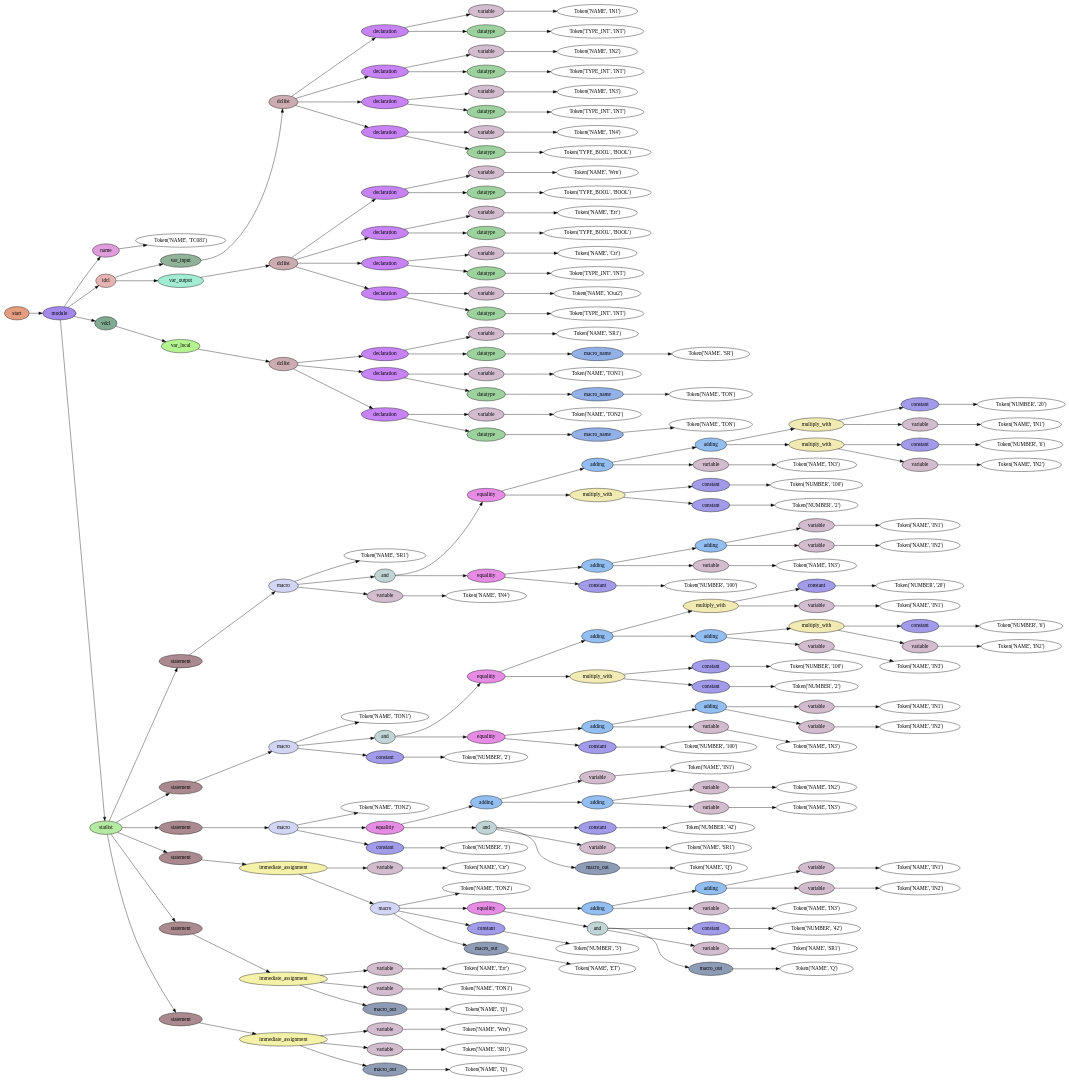
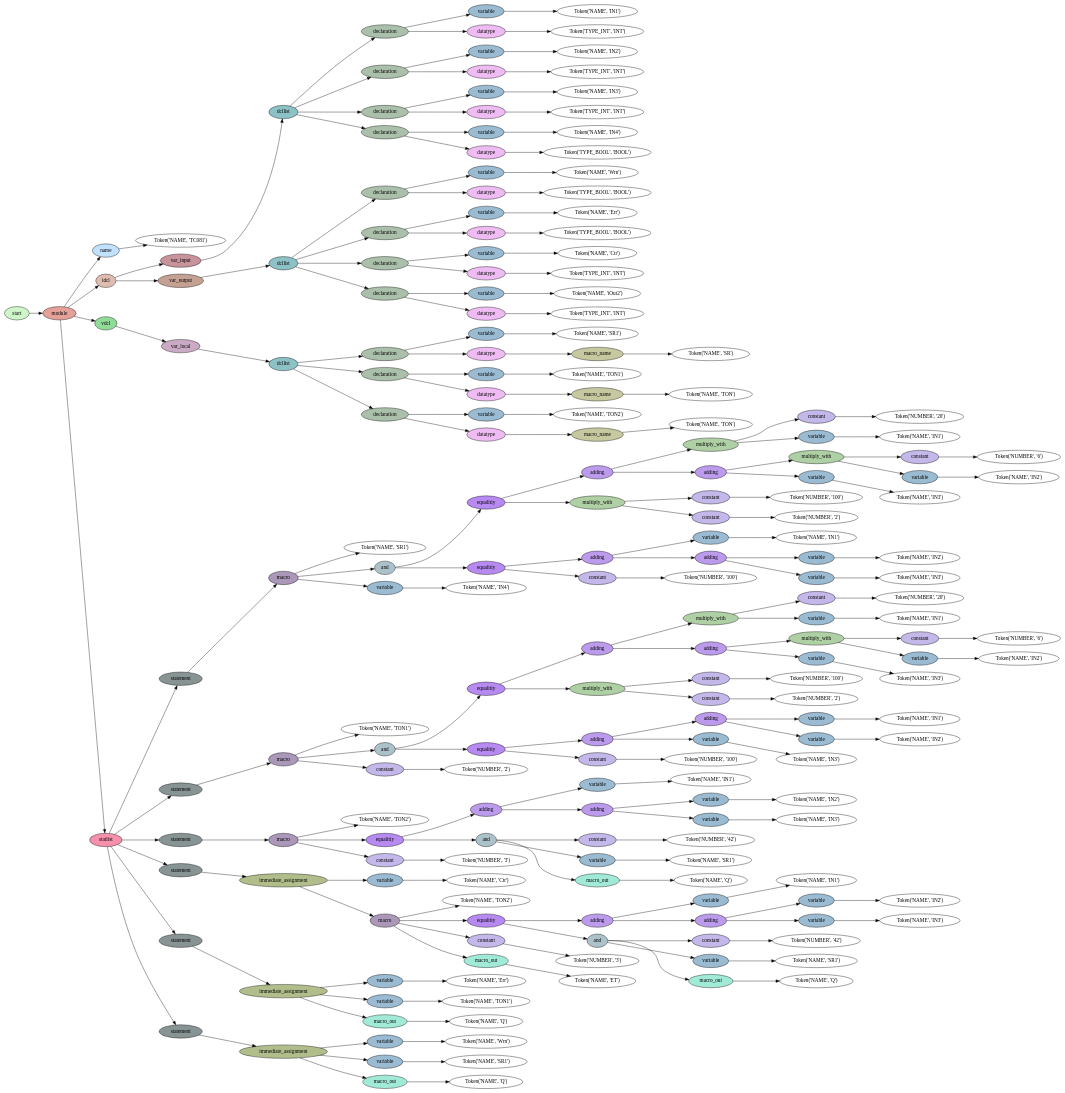
The diagram in exports/tree/dot/TC081.st.dot (marwern/PLCreX), drawn with Graphviz before and after one commit. The commit also changed 5 other files, not shown here.

```diff
--- a/exports/tree/dot/TC081.st.dot
+++ b/exports/tree/dot/TC081.st.dot
@@ -1,418 +1,418 @@
 digraph G {
 rankdir=LR;
 0 [label="Token('NAME', 'TC081')"];
-1 [fillcolor="#e19cdc", label=name, style=filled];
+1 [fillcolor="#c1e1fc", label=name, style=filled];
 1 -> 0;
 2 [label="Token('NAME', 'IN1')"];
-3 [fillcolor="#d2bcce", label=variable, style=filled];
+3 [fillcolor="#9abbd2", label=variable, style=filled];
 3 -> 2;
 4 [label="Token('TYPE_INT', 'INT')"];
-5 [fillcolor="#9dd29e", label=datatype, style=filled];
+5 [fillcolor="#eebcf2", label=datatype, style=filled];
 5 -> 4;
-6 [fillcolor="#c783f5", label=declaration, style=filled];
+6 [fillcolor="#abc0aa", label=declaration, style=filled];
 6 -> 3;
 6 -> 5;
 7 [label="Token('NAME', 'IN2')"];
-8 [fillcolor="#d2bcce", label=variable, style=filled];
+8 [fillcolor="#9abbd2", label=variable, style=filled];
 8 -> 7;
 9 [label="Token('TYPE_INT', 'INT')"];
-10 [fillcolor="#9dd29e", label=datatype, style=filled];
+10 [fillcolor="#eebcf2", label=datatype, style=filled];
 10 -> 9;
-11 [fillcolor="#c783f5", label=declaration, style=filled];
+11 [fillcolor="#abc0aa", label=declaration, style=filled];
 11 -> 8;
 11 -> 10;
 12 [label="Token('NAME', 'IN3')"];
-13 [fillcolor="#d2bcce", label=variable, style=filled];
+13 [fillcolor="#9abbd2", label=variable, style=filled];
 13 -> 12;
 14 [label="Token('TYPE_INT', 'INT')"];
-15 [fillcolor="#9dd29e", label=datatype, style=filled];
+15 [fillcolor="#eebcf2", label=datatype, style=filled];
 15 -> 14;
-16 [fillcolor="#c783f5", label=declaration, style=filled];
+16 [fillcolor="#abc0aa", label=declaration, style=filled];
 16 -> 13;
 16 -> 15;
 17 [label="Token('NAME', 'IN4')"];
-18 [fillcolor="#d2bcce", label=variable, style=filled];
+18 [fillcolor="#9abbd2", label=variable, style=filled];
 18 -> 17;
 19 [label="Token('TYPE_BOOL', 'BOOL')"];
-20 [fillcolor="#9dd29e", label=datatype, style=filled];
+20 [fillcolor="#eebcf2", label=datatype, style=filled];
 20 -> 19;
-21 [fillcolor="#c783f5", label=declaration, style=filled];
+21 [fillcolor="#abc0aa", label=declaration, style=filled];
 21 -> 18;
 21 -> 20;
-22 [fillcolor="#ccacb1", label=dcllist, style=filled];
+22 [fillcolor="#8cc1c5", label=dcllist, style=filled];
 22 -> 6;
 22 -> 11;
 22 -> 16;
 22 -> 21;
-23 [fillcolor="#90b298", label=var_input, style=filled];
+23 [fillcolor="#c9939c", label=var_input, style=filled];
 23 -> 22;
 24 [label="Token('NAME', 'Wrn')"];
-25 [fillcolor="#d2bcce", label=variable, style=filled];
+25 [fillcolor="#9abbd2", label=variable, style=filled];
 25 -> 24;
 26 [label="Token('TYPE_BOOL', 'BOOL')"];
-27 [fillcolor="#9dd29e", label=datatype, style=filled];
+27 [fillcolor="#eebcf2", label=datatype, style=filled];
 27 -> 26;
-28 [fillcolor="#c783f5", label=declaration, style=filled];
+28 [fillcolor="#abc0aa", label=declaration, style=filled];
 28 -> 25;
 28 -> 27;
 29 [label="Token('NAME', 'Err')"];
-30 [fillcolor="#d2bcce", label=variable, style=filled];
+30 [fillcolor="#9abbd2", label=variable, style=filled];
 30 -> 29;
 31 [label="Token('TYPE_BOOL', 'BOOL')"];
-32 [fillcolor="#9dd29e", label=datatype, style=filled];
+32 [fillcolor="#eebcf2", label=datatype, style=filled];
 32 -> 31;
-33 [fillcolor="#c783f5", label=declaration, style=filled];
+33 [fillcolor="#abc0aa", label=declaration, style=filled];
 33 -> 30;
 33 -> 32;
 34 [label="Token('NAME', 'Ctr')"];
-35 [fillcolor="#d2bcce", label=variable, style=filled];
+35 [fillcolor="#9abbd2", label=variable, style=filled];
 35 -> 34;
 36 [label="Token('TYPE_INT', 'INT')"];
-37 [fillcolor="#9dd29e", label=datatype, style=filled];
+37 [fillcolor="#eebcf2", label=datatype, style=filled];
 37 -> 36;
-38 [fillcolor="#c783f5", label=declaration, style=filled];
+38 [fillcolor="#abc0aa", label=declaration, style=filled];
 38 -> 35;
 38 -> 37;
 39 [label="Token('NAME', 'iOut2')"];
-40 [fillcolor="#d2bcce", label=variable, style=filled];
+40 [fillcolor="#9abbd2", label=variable, style=filled];
 40 -> 39;
 41 [label="Token('TYPE_INT', 'INT')"];
-42 [fillcolor="#9dd29e", label=datatype, style=filled];
+42 [fillcolor="#eebcf2", label=datatype, style=filled];
 42 -> 41;
-43 [fillcolor="#c783f5", label=declaration, style=filled];
+43 [fillcolor="#abc0aa", label=declaration, style=filled];
 43 -> 40;
 43 -> 42;
-44 [fillcolor="#ccacb1", label=dcllist, style=filled];
+44 [fillcolor="#8cc1c5", label=dcllist, style=filled];
 44 -> 28;
 44 -> 33;
 44 -> 38;
 44 -> 43;
-45 [fillcolor="#a2ecd3", label=var_output, style=filled];
+45 [fillcolor="#c5a194", label=var_output, style=filled];
 45 -> 44;
-46 [fillcolor="#e7b3b2", label=idcl, style=filled];
+46 [fillcolor="#dfbcb0", label=idcl, style=filled];
 46 -> 23;
 46 -> 45;
 47 [label="Token('NAME', 'SR1')"];
-48 [fillcolor="#d2bcce", label=variable, style=filled];
+48 [fillcolor="#9abbd2", label=variable, style=filled];
 48 -> 47;
 49 [label="Token('NAME', 'SR')"];
-50 [fillcolor="#93b0e7", label=macro_name, style=filled];
+50 [fillcolor="#c6c89f", label=macro_name, style=filled];
 50 -> 49;
-51 [fillcolor="#9dd29e", label=datatype, style=filled];
+51 [fillcolor="#eebcf2", label=datatype, style=filled];
 51 -> 50;
-52 [fillcolor="#c783f5", label=declaration, style=filled];
+52 [fillcolor="#abc0aa", label=declaration, style=filled];
 52 -> 48;
 52 -> 51;
 53 [label="Token('NAME', 'TON1')"];
-54 [fillcolor="#d2bcce", label=variable, style=filled];
+54 [fillcolor="#9abbd2", label=variable, style=filled];
 54 -> 53;
 55 [label="Token('NAME', 'TON')"];
-56 [fillcolor="#93b0e7", label=macro_name, style=filled];
+56 [fillcolor="#c6c89f", label=macro_name, style=filled];
 56 -> 55;
-57 [fillcolor="#9dd29e", label=datatype, style=filled];
+57 [fillcolor="#eebcf2", label=datatype, style=filled];
 57 -> 56;
-58 [fillcolor="#c783f5", label=declaration, style=filled];
+58 [fillcolor="#abc0aa", label=declaration, style=filled];
 58 -> 54;
 58 -> 57;
 59 [label="Token('NAME', 'TON2')"];
-60 [fillcolor="#d2bcce", label=variable, style=filled];
+60 [fillcolor="#9abbd2", label=variable, style=filled];
 60 -> 59;
 61 [label="Token('NAME', 'TON')"];
-62 [fillcolor="#93b0e7", label=macro_name, style=filled];
+62 [fillcolor="#c6c89f", label=macro_name, style=filled];
 62 -> 61;
-63 [fillcolor="#9dd29e", label=datatype, style=filled];
+63 [fillcolor="#eebcf2", label=datatype, style=filled];
 63 -> 62;
-64 [fillcolor="#c783f5", label=declaration, style=filled];
+64 [fillcolor="#abc0aa", label=declaration, style=filled];
 64 -> 60;
 64 -> 63;
-65 [fillcolor="#ccacb1", label=dcllist, style=filled];
+65 [fillcolor="#8cc1c5", label=dcllist, style=filled];
 65 -> 52;
 65 -> 58;
 65 -> 64;
-66 [fillcolor="#b3f490", label=var_local, style=filled];
+66 [fillcolor="#cbaac5", label=var_local, style=filled];
 66 -> 65;
-67 [fillcolor="#81aa93", label=vdcl, style=filled];
+67 [fillcolor="#90db97", label=vdcl, style=filled];
 67 -> 66;
 68 [label="Token('NAME', 'SR1')"];
 69 [label="Token('NUMBER', '20')"];
-70 [fillcolor="#a19bea", label=constant, style=filled];
+70 [fillcolor="#c3b8e9", label=constant, style=filled];
 70 -> 69;
 71 [label="Token('NAME', 'IN1')"];
-72 [fillcolor="#d2bcce", label=variable, style=filled];
+72 [fillcolor="#9abbd2", label=variable, style=filled];
 72 -> 71;
-73 [fillcolor="#f1eab3", label=multiply_with, style=filled];
+73 [fillcolor="#afd0a4", label=multiply_with, style=filled];
 73 -> 70;
 73 -> 72;
 74 [label="Token('NUMBER', '6')"];
-75 [fillcolor="#a19bea", label=constant, style=filled];
+75 [fillcolor="#c3b8e9", label=constant, style=filled];
 75 -> 74;
 76 [label="Token('NAME', 'IN2')"];
-77 [fillcolor="#d2bcce", label=variable, style=filled];
+77 [fillcolor="#9abbd2", label=variable, style=filled];
 77 -> 76;
-78 [fillcolor="#f1eab3", label=multiply_with, style=filled];
+78 [fillcolor="#afd0a4", label=multiply_with, style=filled];
 78 -> 75;
 78 -> 77;
-79 [fillcolor="#92bef1", label=adding, style=filled];
-79 -> 73;
-79 -> 78;
-80 [label="Token('NAME', 'IN3')"];
-81 [fillcolor="#d2bcce", label=variable, style=filled];
+79 [label="Token('NAME', 'IN3')"];
+80 [fillcolor="#9abbd2", label=variable, style=filled];
+80 -> 79;
+81 [fillcolor="#bc9bec", label=adding, style=filled];
+81 -> 78;
 81 -> 80;
-82 [fillcolor="#92bef1", label=adding, style=filled];
-82 -> 79;
+82 [fillcolor="#bc9bec", label=adding, style=filled];
+82 -> 73;
 82 -> 81;
 83 [label="Token('NUMBER', '100')"];
-84 [fillcolor="#a19bea", label=constant, style=filled];
+84 [fillcolor="#c3b8e9", label=constant, style=filled];
 84 -> 83;
 85 [label="Token('NUMBER', '2')"];
-86 [fillcolor="#a19bea", label=constant, style=filled];
+86 [fillcolor="#c3b8e9", label=constant, style=filled];
 86 -> 85;
-87 [fillcolor="#f1eab3", label=multiply_with, style=filled];
+87 [fillcolor="#afd0a4", label=multiply_with, style=filled];
 87 -> 84;
 87 -> 86;
-88 [fillcolor="#e78ce5", label=equalitiy, style=filled];
+88 [fillcolor="#b68af0", label=equalitiy, style=filled];
 88 -> 82;
 88 -> 87;
 89 [label="Token('NAME', 'IN1')"];
-90 [fillcolor="#d2bcce", label=variable, style=filled];
+90 [fillcolor="#9abbd2", label=variable, style=filled];
 90 -> 89;
 91 [label="Token('NAME', 'IN2')"];
-92 [fillcolor="#d2bcce", label=variable, style=filled];
+92 [fillcolor="#9abbd2", label=variable, style=filled];
 92 -> 91;
-93 [fillcolor="#92bef1", label=adding, style=filled];
-93 -> 90;
-93 -> 92;
-94 [label="Token('NAME', 'IN3')"];
-95 [fillcolor="#d2bcce", label=variable, style=filled];
+93 [label="Token('NAME', 'IN3')"];
+94 [fillcolor="#9abbd2", label=variable, style=filled];
+94 -> 93;
+95 [fillcolor="#bc9bec", label=adding, style=filled];
+95 -> 92;
 95 -> 94;
-96 [fillcolor="#92bef1", label=adding, style=filled];
-96 -> 93;
+96 [fillcolor="#bc9bec", label=adding, style=filled];
+96 -> 90;
 96 -> 95;
 97 [label="Token('NUMBER', '100')"];
-98 [fillcolor="#a19bea", label=constant, style=filled];
+98 [fillcolor="#c3b8e9", label=constant, style=filled];
 98 -> 97;
-99 [fillcolor="#e78ce5", label=equalitiy, style=filled];
+99 [fillcolor="#b68af0", label=equalitiy, style=filled];
 99 -> 96;
 99 -> 98;
-100 [fillcolor="#c1d5d6", label=and, style=filled];
+100 [fillcolor="#acc2cb", label=and, style=filled];
 100 -> 88;
 100 -> 99;
 101 [label="Token('NAME', 'IN4')"];
-102 [fillcolor="#d2bcce", label=variable, style=filled];
+102 [fillcolor="#9abbd2", label=variable, style=filled];
 102 -> 101;
-103 [fillcolor="#d3d5f5", label=macro, style=filled];
+103 [fillcolor="#ab97b8", label=macro, style=filled];
 103 -> 68;
 103 -> 100;
 103 -> 102;
-104 [fillcolor="#ab8a8f", label=statement, style=filled];
+104 [fillcolor="#889494", label=statement, style=filled];
 104 -> 103;
 105 [label="Token('NAME', 'TON1')"];
 106 [label="Token('NUMBER', '20')"];
-107 [fillcolor="#a19bea", label=constant, style=filled];
+107 [fillcolor="#c3b8e9", label=constant, style=filled];
 107 -> 106;
 108 [label="Token('NAME', 'IN1')"];
-109 [fillcolor="#d2bcce", label=variable, style=filled];
+109 [fillcolor="#9abbd2", label=variable, style=filled];
 109 -> 108;
-110 [fillcolor="#f1eab3", label=multiply_with, style=filled];
+110 [fillcolor="#afd0a4", label=multiply_with, style=filled];
 110 -> 107;
 110 -> 109;
 111 [label="Token('NUMBER', '6')"];
-112 [fillcolor="#a19bea", label=constant, style=filled];
+112 [fillcolor="#c3b8e9", label=constant, style=filled];
 112 -> 111;
 113 [label="Token('NAME', 'IN2')"];
-114 [fillcolor="#d2bcce", label=variable, style=filled];
+114 [fillcolor="#9abbd2", label=variable, style=filled];
 114 -> 113;
-115 [fillcolor="#f1eab3", label=multiply_with, style=filled];
+115 [fillcolor="#afd0a4", label=multiply_with, style=filled];
 115 -> 112;
 115 -> 114;
 116 [label="Token('NAME', 'IN3')"];
-117 [fillcolor="#d2bcce", label=variable, style=filled];
+117 [fillcolor="#9abbd2", label=variable, style=filled];
 117 -> 116;
-118 [fillcolor="#92bef1", label=adding, style=filled];
+118 [fillcolor="#bc9bec", label=adding, style=filled];
 118 -> 115;
 118 -> 117;
-119 [fillcolor="#92bef1", label=adding, style=filled];
+119 [fillcolor="#bc9bec", label=adding, style=filled];
 119 -> 110;
 119 -> 118;
 120 [label="Token('NUMBER', '100')"];
-121 [fillcolor="#a19bea", label=constant, style=filled];
+121 [fillcolor="#c3b8e9", label=constant, style=filled];
 121 -> 120;
 122 [label="Token('NUMBER', '2')"];
-123 [fillcolor="#a19bea", label=constant, style=filled];
+123 [fillcolor="#c3b8e9", label=constant, style=filled];
 123 -> 122;
-124 [fillcolor="#f1eab3", label=multiply_with, style=filled];
+124 [fillcolor="#afd0a4", label=multiply_with, style=filled];
 124 -> 121;
 124 -> 123;
-125 [fillcolor="#e78ce5", label=equalitiy, style=filled];
+125 [fillcolor="#b68af0", label=equalitiy, style=filled];
 125 -> 119;
 125 -> 124;
 126 [label="Token('NAME', 'IN1')"];
-127 [fillcolor="#d2bcce", label=variable, style=filled];
+127 [fillcolor="#9abbd2", label=variable, style=filled];
 127 -> 126;
 128 [label="Token('NAME', 'IN2')"];
-129 [fillcolor="#d2bcce", label=variable, style=filled];
+129 [fillcolor="#9abbd2", label=variable, style=filled];
 129 -> 128;
-130 [fillcolor="#92bef1", label=adding, style=filled];
+130 [fillcolor="#bc9bec", label=adding, style=filled];
 130 -> 127;
 130 -> 129;
 131 [label="Token('NAME', 'IN3')"];
-132 [fillcolor="#d2bcce", label=variable, style=filled];
+132 [fillcolor="#9abbd2", label=variable, style=filled];
 132 -> 131;
-133 [fillcolor="#92bef1", label=adding, style=filled];
+133 [fillcolor="#bc9bec", label=adding, style=filled];
 133 -> 130;
 133 -> 132;
 134 [label="Token('NUMBER', '100')"];
-135 [fillcolor="#a19bea", label=constant, style=filled];
+135 [fillcolor="#c3b8e9", label=constant, style=filled];
 135 -> 134;
-136 [fillcolor="#e78ce5", label=equalitiy, style=filled];
+136 [fillcolor="#b68af0", label=equalitiy, style=filled];
 136 -> 133;
 136 -> 135;
-137 [fillcolor="#c1d5d6", label=and, style=filled];
+137 [fillcolor="#acc2cb", label=and, style=filled];
 137 -> 125;
 137 -> 136;
 138 [label="Token('NUMBER', '2')"];
-139 [fillcolor="#a19bea", label=constant, style=filled];
+139 [fillcolor="#c3b8e9", label=constant, style=filled];
 139 -> 138;
-140 [fillcolor="#d3d5f5", label=macro, style=filled];
+140 [fillcolor="#ab97b8", label=macro, style=filled];
 140 -> 105;
 140 -> 137;
 140 -> 139;
-141 [fillcolor="#ab8a8f", label=statement, style=filled];
+141 [fillcolor="#889494", label=statement, style=filled];
 141 -> 140;
 142 [label="Token('NAME', 'TON2')"];
 143 [label="Token('NAME', 'IN1')"];
-144 [fillcolor="#d2bcce", label=variable, style=filled];
+144 [fillcolor="#9abbd2", label=variable, style=filled];
 144 -> 143;
 145 [label="Token('NAME', 'IN2')"];
-146 [fillcolor="#d2bcce", label=variable, style=filled];
+146 [fillcolor="#9abbd2", label=variable, style=filled];
 146 -> 145;
 147 [label="Token('NAME', 'IN3')"];
-148 [fillcolor="#d2bcce", label=variable, style=filled];
+148 [fillcolor="#9abbd2", label=variable, style=filled];
 148 -> 147;
-149 [fillcolor="#92bef1", label=adding, style=filled];
+149 [fillcolor="#bc9bec", label=adding, style=filled];
 149 -> 146;
 149 -> 148;
-150 [fillcolor="#92bef1", label=adding, style=filled];
+150 [fillcolor="#bc9bec", label=adding, style=filled];
 150 -> 144;
 150 -> 149;
 151 [label="Token('NUMBER', '42')"];
-152 [fillcolor="#a19bea", label=constant, style=filled];
+152 [fillcolor="#c3b8e9", label=constant, style=filled];
 152 -> 151;
 153 [label="Token('NAME', 'SR1')"];
-154 [fillcolor="#d2bcce", label=variable, style=filled];
+154 [fillcolor="#9abbd2", label=variable, style=filled];
 154 -> 153;
 155 [label="Token('NAME', 'Q')"];
-156 [fillcolor="#8e9bb5", label=macro_out, style=filled];
+156 [fillcolor="#a1ead8", label=macro_out, style=filled];
 156 -> 155;
-157 [fillcolor="#c1d5d6", label=and, style=filled];
+157 [fillcolor="#acc2cb", label=and, style=filled];
 157 -> 152;
 157 -> 154;
 157 -> 156;
-158 [fillcolor="#e78ce5", label=equalitiy, style=filled];
+158 [fillcolor="#b68af0", label=equalitiy, style=filled];
 158 -> 150;
 158 -> 157;
 159 [label="Token('NUMBER', '3')"];
-160 [fillcolor="#a19bea", label=constant, style=filled];
+160 [fillcolor="#c3b8e9", label=constant, style=filled];
 160 -> 159;
-161 [fillcolor="#d3d5f5", label=macro, style=filled];
+161 [fillcolor="#ab97b8", label=macro, style=filled];
 161 -> 142;
 161 -> 158;
 161 -> 160;
-162 [fillcolor="#ab8a8f", label=statement, style=filled];
+162 [fillcolor="#889494", label=statement, style=filled];
 162 -> 161;
 163 [label="Token('NAME', 'Ctr')"];
-164 [fillcolor="#d2bcce", label=variable, style=filled];
+164 [fillcolor="#9abbd2", label=variable, style=filled];
 164 -> 163;
 165 [label="Token('NAME', 'TON2')"];
 166 [label="Token('NAME', 'IN1')"];
-167 [fillcolor="#d2bcce", label=variable, style=filled];
+167 [fillcolor="#9abbd2", label=variable, style=filled];
 167 -> 166;
 168 [label="Token('NAME', 'IN2')"];
-169 [fillcolor="#d2bcce", label=variable, style=filled];
+169 [fillcolor="#9abbd2", label=variable, style=filled];
 169 -> 168;
-170 [fillcolor="#92bef1", label=adding, style=filled];
-170 -> 167;
-170 -> 169;
-171 [label="Token('NAME', 'IN3')"];
-172 [fillcolor="#d2bcce", label=variable, style=filled];
+170 [label="Token('NAME', 'IN3')"];
+171 [fillcolor="#9abbd2", label=variable, style=filled];
+171 -> 170;
+172 [fillcolor="#bc9bec", label=adding, style=filled];
+172 -> 169;
 172 -> 171;
-173 [fillcolor="#92bef1", label=adding, style=filled];
-173 -> 170;
+173 [fillcolor="#bc9bec", label=adding, style=filled];
+173 -> 167;
 173 -> 172;
 174 [label="Token('NUMBER', '42')"];
-175 [fillcolor="#a19bea", label=constant, style=filled];
+175 [fillcolor="#c3b8e9", label=constant, style=filled];
 175 -> 174;
 176 [label="Token('NAME', 'SR1')"];
-177 [fillcolor="#d2bcce", label=variable, style=filled];
+177 [fillcolor="#9abbd2", label=variable, style=filled];
 177 -> 176;
 178 [label="Token('NAME', 'Q')"];
-179 [fillcolor="#8e9bb5", label=macro_out, style=filled];
+179 [fillcolor="#a1ead8", label=macro_out, style=filled];
 179 -> 178;
-180 [fillcolor="#c1d5d6", label=and, style=filled];
+180 [fillcolor="#acc2cb", label=and, style=filled];
 180 -> 175;
 180 -> 177;
 180 -> 179;
-181 [fillcolor="#e78ce5", label=equalitiy, style=filled];
+181 [fillcolor="#b68af0", label=equalitiy, style=filled];
 181 -> 173;
 181 -> 180;
 182 [label="Token('NUMBER', '3')"];
-183 [fillcolor="#a19bea", label=constant, style=filled];
+183 [fillcolor="#c3b8e9", label=constant, style=filled];
 183 -> 182;
 184 [label="Token('NAME', 'ET')"];
-185 [fillcolor="#8e9bb5", label=macro_out, style=filled];
+185 [fillcolor="#a1ead8", label=macro_out, style=filled];
 185 -> 184;
-186 [fillcolor="#d3d5f5", label=macro, style=filled];
+186 [fillcolor="#ab97b8", label=macro, style=filled];
 186 -> 165;
 186 -> 181;
 186 -> 183;
 186 -> 185;
-187 [fillcolor="#f4f1a9", label=immediate_assignment, style=filled];
+187 [fillcolor="#b1be8b", label=immediate_assignment, style=filled];
 187 -> 164;
 187 -> 186;
-188 [fillcolor="#ab8a8f", label=statement, style=filled];
+188 [fillcolor="#889494", label=statement, style=filled];
 188 -> 187;
 189 [label="Token('NAME', 'Err')"];
-190 [fillcolor="#d2bcce", label=variable, style=filled];
+190 [fillcolor="#9abbd2", label=variable, style=filled];
 190 -> 189;
 191 [label="Token('NAME', 'TON1')"];
-192 [fillcolor="#d2bcce", label=variable, style=filled];
+192 [fillcolor="#9abbd2", label=variable, style=filled];
 192 -> 191;
 193 [label="Token('NAME', 'Q')"];
-194 [fillcolor="#8e9bb5", label=macro_out, style=filled];
+194 [fillcolor="#a1ead8", label=macro_out, style=filled];
 194 -> 193;
-195 [fillcolor="#f4f1a9", label=immediate_assignment, style=filled];
+195 [fillcolor="#b1be8b", label=immediate_assignment, style=filled];
 195 -> 190;
 195 -> 192;
 195 -> 194;
-196 [fillcolor="#ab8a8f", label=statement, style=filled];
+196 [fillcolor="#889494", label=statement, style=filled];
 196 -> 195;
 197 [label="Token('NAME', 'Wrn')"];
-198 [fillcolor="#d2bcce", label=variable, style=filled];
+198 [fillcolor="#9abbd2", label=variable, style=filled];
 198 -> 197;
 199 [label="Token('NAME', 'SR1')"];
-200 [fillcolor="#d2bcce", label=variable, style=filled];
+200 [fillcolor="#9abbd2", label=variable, style=filled];
 200 -> 199;
 201 [label="Token('NAME', 'Q')"];
-202 [fillcolor="#8e9bb5", label=macro_out, style=filled];
+202 [fillcolor="#a1ead8", label=macro_out, style=filled];
 202 -> 201;
-203 [fillcolor="#f4f1a9", label=immediate_assignment, style=filled];
+203 [fillcolor="#b1be8b", label=immediate_assignment, style=filled];
 203 -> 198;
 203 -> 200;
 203 -> 202;
-204 [fillcolor="#ab8a8f", label=statement, style=filled];
+204 [fillcolor="#889494", label=statement, style=filled];
 204 -> 203;
-205 [fillcolor="#b5eaa3", label=statlist, style=filled];
+205 [fillcolor="#f691ad", label=statlist, style=filled];
 205 -> 104;
 205 -> 141;
 205 -> 162;
 205 -> 188;
 205 -> 196;
 205 -> 204;
-206 [fillcolor="#a488ec", label=module, style=filled];
+206 [fillcolor="#e4a19a", label=module, style=filled];
 206 -> 1;
 206 -> 46;
 206 -> 67;
 206 -> 205;
-207 [fillcolor="#e59d80", label=start, style=filled];
+207 [fillcolor="#cff6c9", label=start, style=filled];
 207 -> 206;
 }
```
